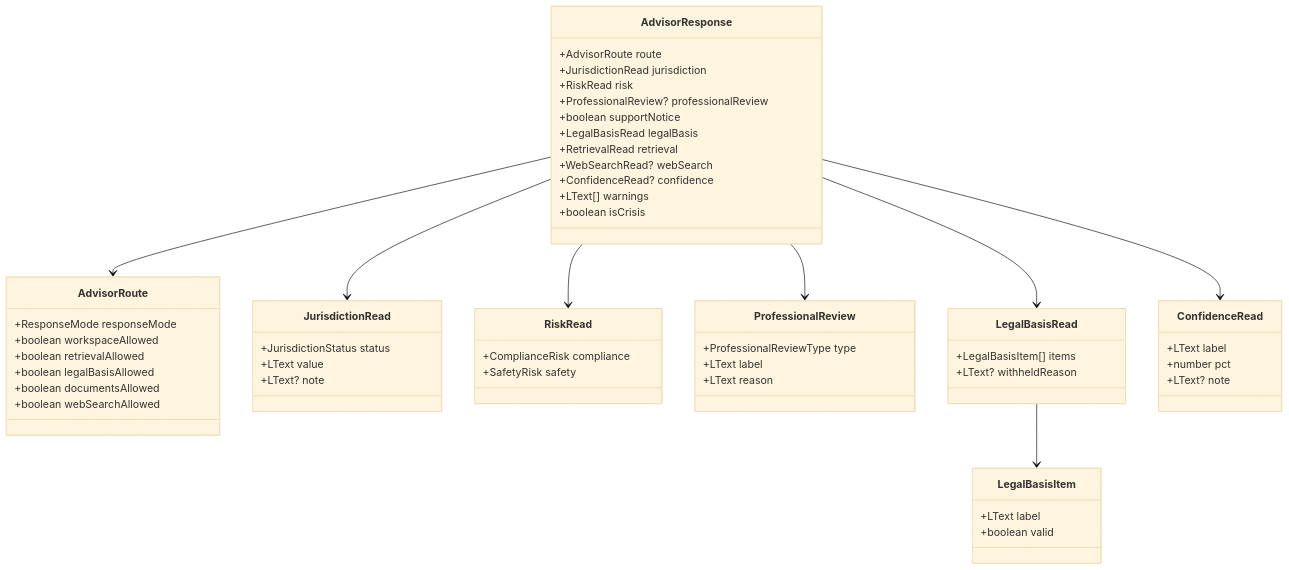
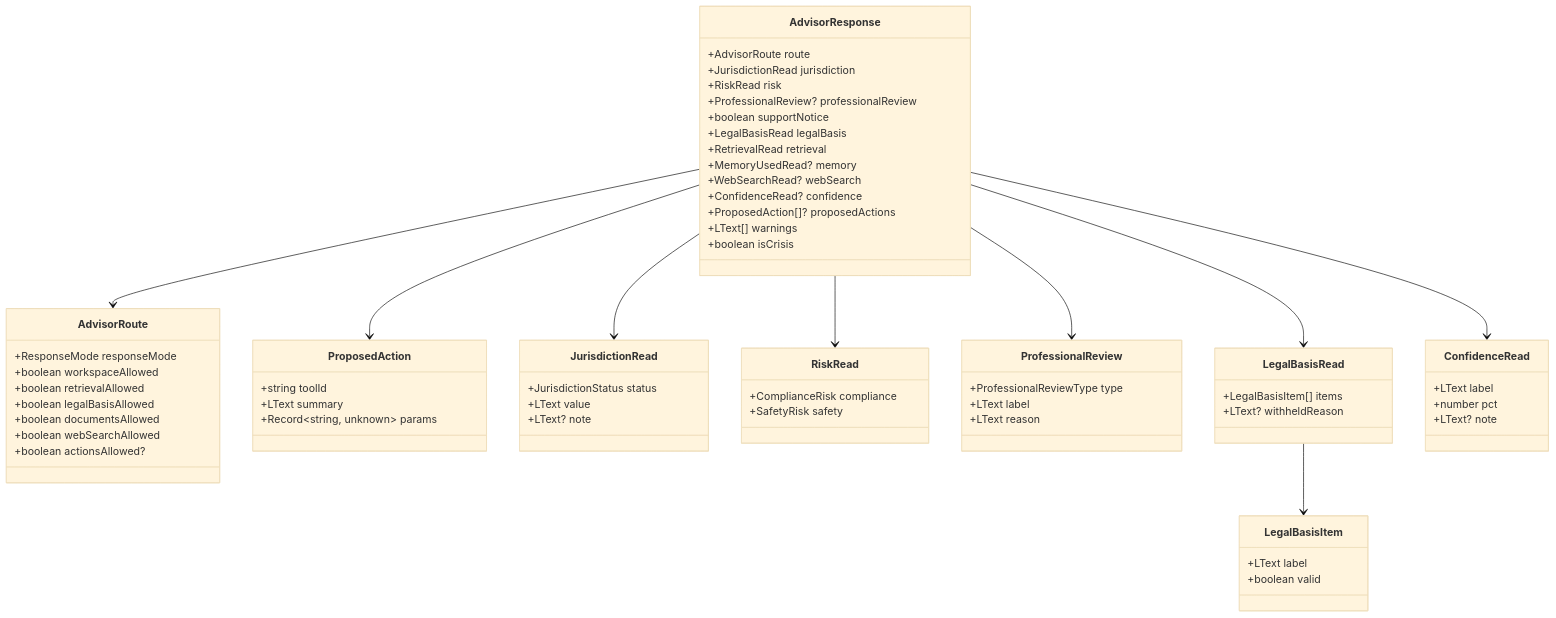
Before and after one commit to Dutiva-Canada/Dutiva_Web: the third of 5 diagrams in docs/wiki/Advisor-Edge-Function-Response-Contract.md, drawn with Mermaid (base theme). The commit also changed other lines of this file and 84 other files, not shown here.

````diff
--- a/docs/wiki/Advisor-Edge-Function-Response-Contract.md
+++ b/docs/wiki/Advisor-Edge-Function-Response-Contract.md
@@ -251,58 +251,67 @@
 ```mermaid
 classDiagram
     class AdvisorResponse {
         +AdvisorRoute route
         +JurisdictionRead jurisdiction
         +RiskRead risk
         +ProfessionalReview? professionalReview
         +boolean supportNotice
         +LegalBasisRead legalBasis
         +RetrievalRead retrieval
+        +MemoryUsedRead? memory
         +WebSearchRead? webSearch
         +ConfidenceRead? confidence
+        +ProposedAction[]? proposedActions
         +LText[] warnings
         +boolean isCrisis
     }
     class AdvisorRoute {
         +ResponseMode responseMode
         +boolean workspaceAllowed
         +boolean retrievalAllowed
         +boolean legalBasisAllowed
         +boolean documentsAllowed
         +boolean webSearchAllowed
+        +boolean actionsAllowed?
+    }
+    class ProposedAction {
+        +string toolId
+        +LText summary
+        +Record~string, unknown~ params
     }
     class JurisdictionRead {
         +JurisdictionStatus status
         +LText value
         +LText? note
     }
     class RiskRead {
         +ComplianceRisk compliance
         +SafetyRisk safety
     }
     class ProfessionalReview {
         +ProfessionalReviewType type
         +LText label
         +LText reason
     }
     class LegalBasisRead {
         +LegalBasisItem[] items
         +LText? withheldReason
     }
     class LegalBasisItem {
         +LText label
         +boolean valid
     }
     class ConfidenceRead {
         +LText label
         +number pct
         +LText? note
     }
     AdvisorResponse --> AdvisorRoute
     AdvisorResponse --> JurisdictionRead
     AdvisorResponse --> RiskRead
     AdvisorResponse --> ProfessionalReview
     AdvisorResponse --> LegalBasisRead
     AdvisorResponse --> ConfidenceRead
+    AdvisorResponse --> ProposedAction
     LegalBasisRead --> LegalBasisItem
 ```
````
